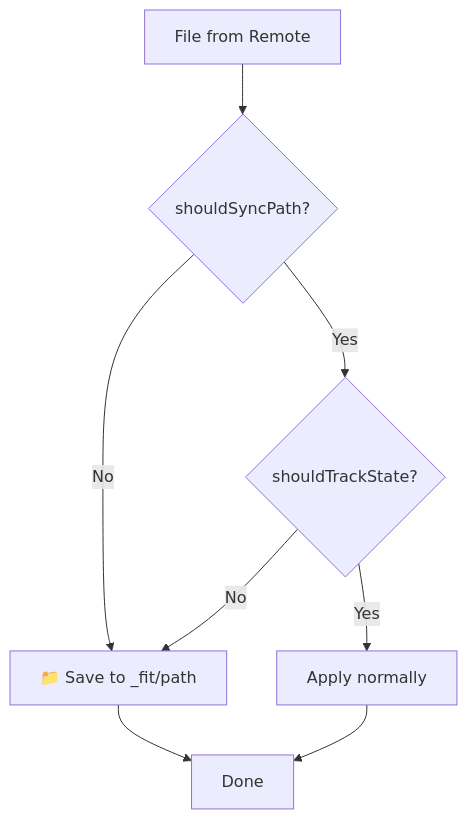
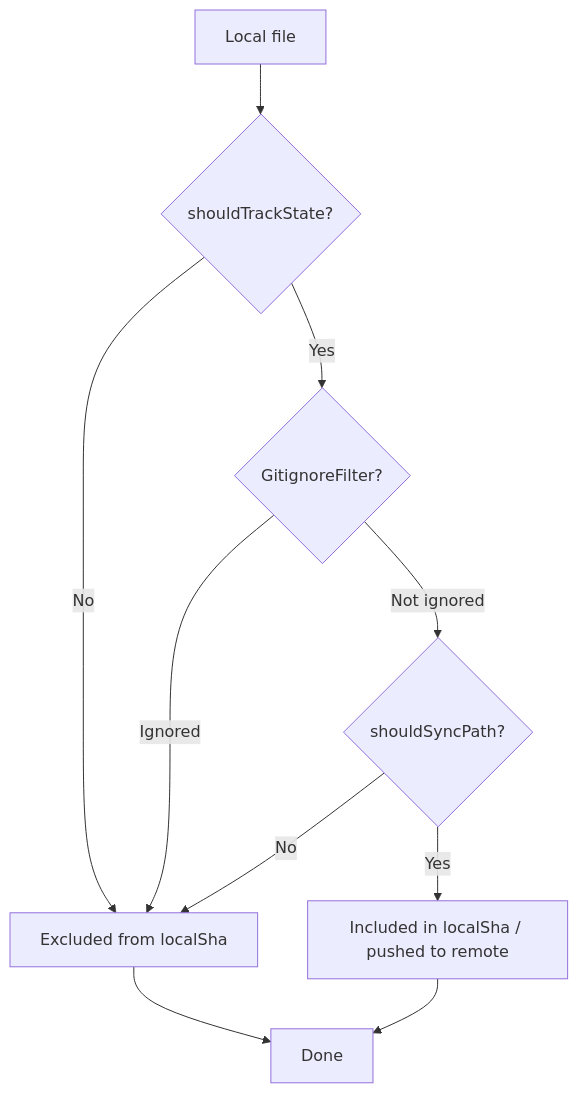
Before and after one commit to joshuakto/fit: the third of 6 diagrams in docs/sync-logic.md, drawn with Mermaid. The commit also changed other lines of this file and 8 other files, not shown here.

Commit message:
feat(#92): Respect local .gitignore files (#268)

````diff
--- a/docs/sync-logic.md
+++ b/docs/sync-logic.md
@@ -309,12 +338,13 @@
 ```mermaid
 flowchart TD
-    Start[File from Remote] --> Protected{shouldSyncPath?}
-    Protected -->|No| SaveClash[📁 Save to _fit/path]
-    Protected -->|Yes| Trackable{shouldTrackState?}
+    Start[Local file] --> Trackable{shouldTrackState?}
+    Trackable -->|No| Skip[Excluded from localSha]
+    Trackable -->|Yes| Gitignore{GitignoreFilter?}
+    Gitignore -->|Ignored| Skip
+    Gitignore -->|Not ignored| Protected{shouldSyncPath?}
+    Protected -->|No| Skip
+    Protected -->|Yes| Tracked[Included in localSha / pushed to remote]
 
-    Trackable -->|No| SaveClash
-    Trackable -->|Yes| Normal[Apply normally]
-
-    SaveClash --> End[Done]
-    Normal --> End
+    Skip --> End[Done]
+    Tracked --> End
 ```
````
